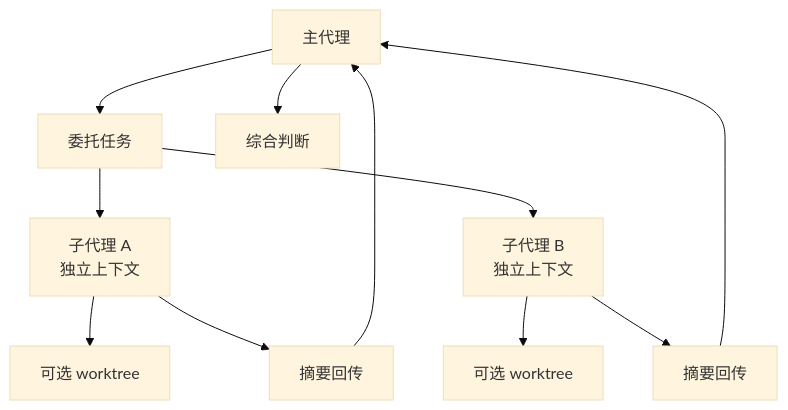
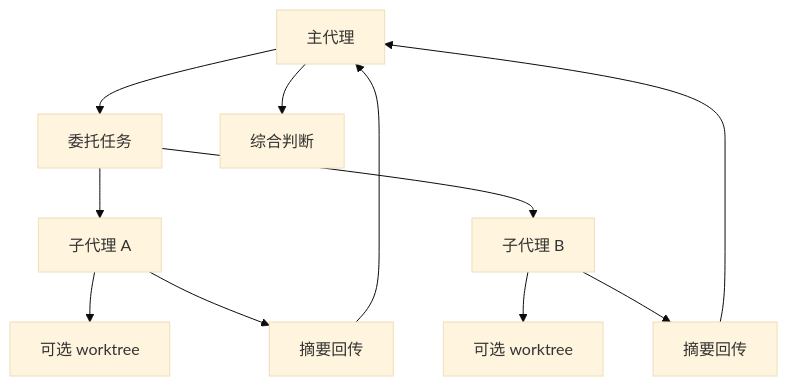
The diagram in claude-code-architecture/26-subagents-parallel-exploration-and-isolation.md (betaHi/betaHi.github.io), drawn with Mermaid (base theme) before and after one commit. The commit also changed 12 other files, not shown here.

First line of the commit message:
Prevent mermaid clipping by shortening dense node labels

````diff
--- a/claude-code-architecture/26-subagents-parallel-exploration-and-isolation.md
+++ b/claude-code-architecture/26-subagents-parallel-exploration-and-isolation.md
@@ -47,13 +47,13 @@
 ```mermaid
 flowchart TD
     M[主代理] --> D[委托任务]
-    D --> S1[子代理 A<br/>独立上下文]
-    D --> S2[子代理 B<br/>独立上下文]
+    D --> S1[子代理 A]
+    D --> S2[子代理 B]
     S1 --> W1[可选 worktree]
     S2 --> W2[可选 worktree]
     S1 --> R1[摘要回传]
     S2 --> R2[摘要回传]
     R1 --> M
     R2 --> M
     M --> X[综合判断]
 ```
````
